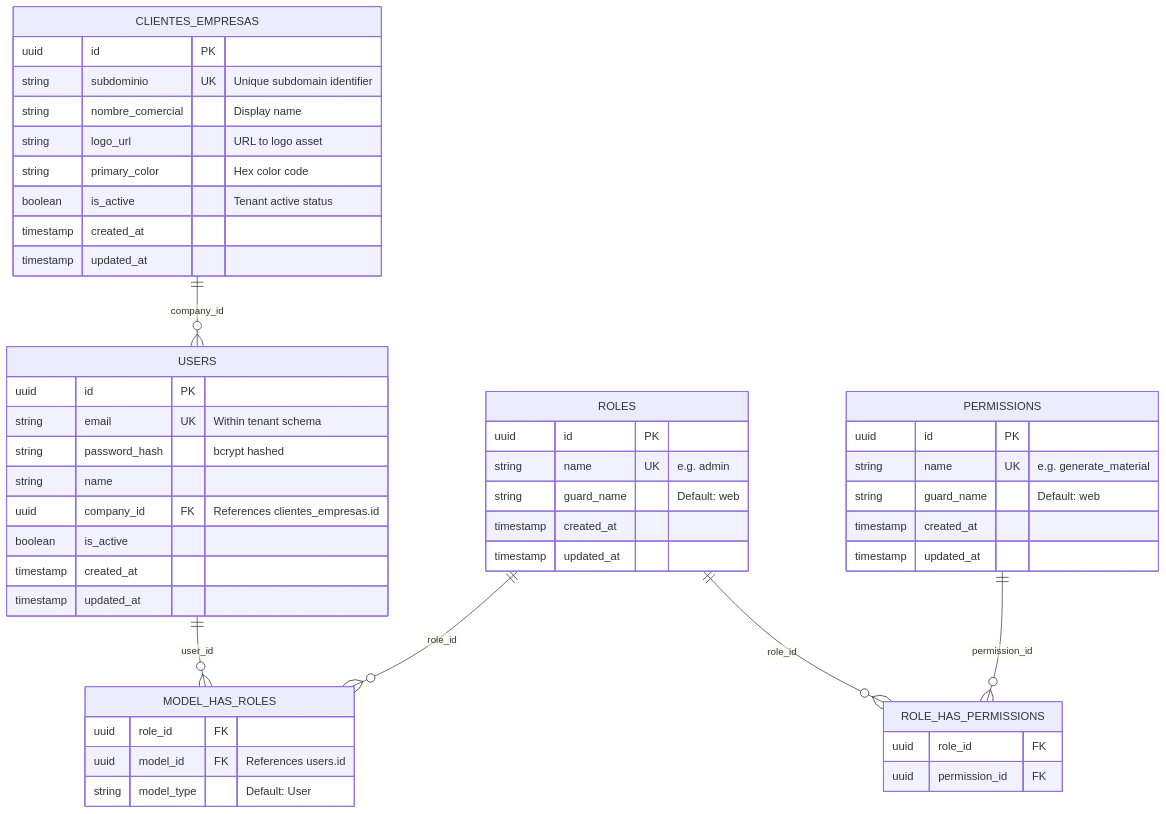
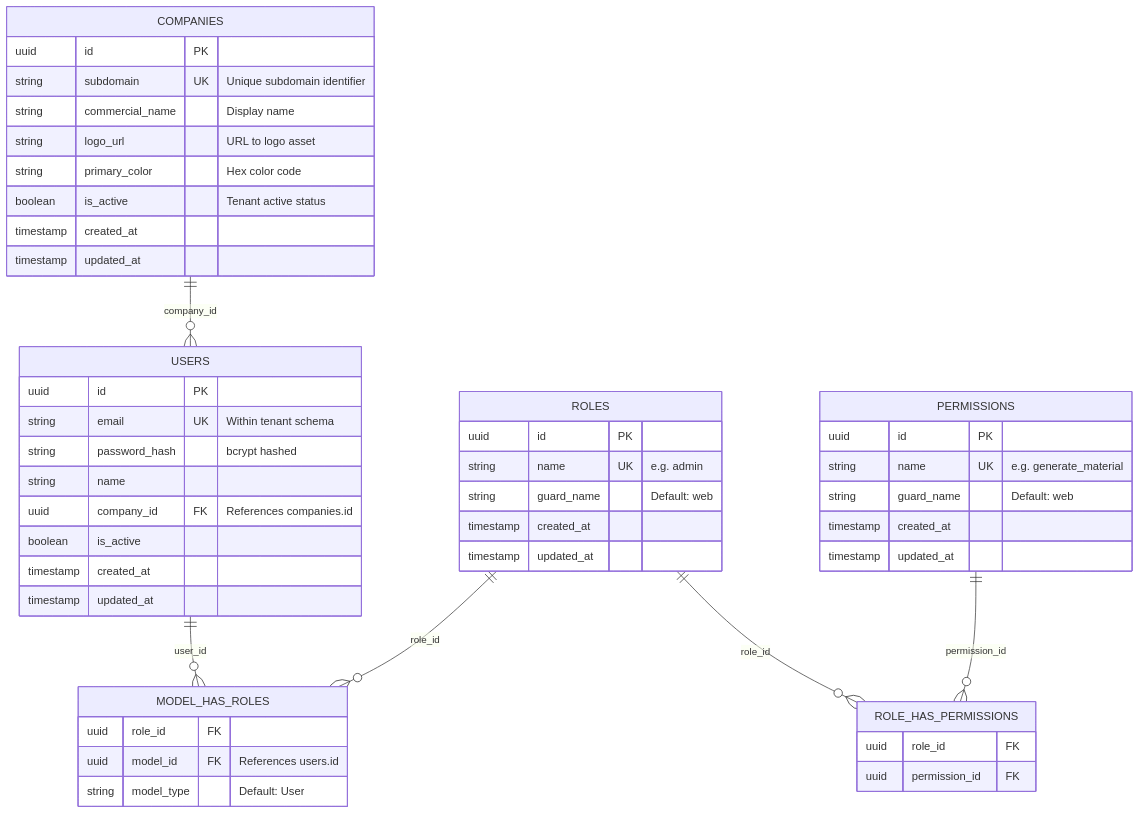
Before and after one commit to jlandeo-afk/odiseo-new: the diagram in specs/001-fundamentos-b2b/data-model.md, drawn with Mermaid. The commit also changed other lines of this file and 8 other files, not shown here.

Commit message:
refactor: rename database tables and schema fields to English throughout documentation

````diff
--- a/specs/001-fundamentos-b2b/data-model.md
+++ b/specs/001-fundamentos-b2b/data-model.md
@@ -5,57 +5,57 @@
 ```mermaid
 erDiagram
-    CLIENTES_EMPRESAS ||--o{ USERS : "company_id"
+    COMPANIES ||--o{ USERS : "company_id"
     USERS ||--o{ MODEL_HAS_ROLES : "user_id"
     ROLES ||--o{ MODEL_HAS_ROLES : "role_id"
     ROLES ||--o{ ROLE_HAS_PERMISSIONS : "role_id"
     PERMISSIONS ||--o{ ROLE_HAS_PERMISSIONS : "permission_id"
 
-    CLIENTES_EMPRESAS {
+    COMPANIES {
         uuid id PK
-        string subdominio UK "Unique subdomain identifier"
-        string nombre_comercial "Display name"
+        string subdomain UK "Unique subdomain identifier"
+        string commercial_name "Display name"
         string logo_url "URL to logo asset"
         string primary_color "Hex color code"
         boolean is_active "Tenant active status"
         timestamp created_at
         timestamp updated_at
     }
 
     USERS {
         uuid id PK
         string email UK "Within tenant schema"
         string password_hash "bcrypt hashed"
         string name
-        uuid company_id FK "References clientes_empresas.id"
+        uuid company_id FK "References companies.id"
         boolean is_active
         timestamp created_at
         timestamp updated_at
     }
 
     ROLES {
         uuid id PK
         string name UK "e.g. admin"
         string guard_name "Default: web"
         timestamp created_at
         timestamp updated_at
     }
 
     PERMISSIONS {
         uuid id PK
         string name UK "e.g. generate_material"
         string guard_name "Default: web"
         timestamp created_at
         timestamp updated_at
     }
 
     MODEL_HAS_ROLES {
         uuid role_id FK
         uuid model_id FK "References users.id"
         string model_type "Default: User"
     }
 
     ROLE_HAS_PERMISSIONS {
         uuid role_id FK
         uuid permission_id FK
     }
 ```
````
